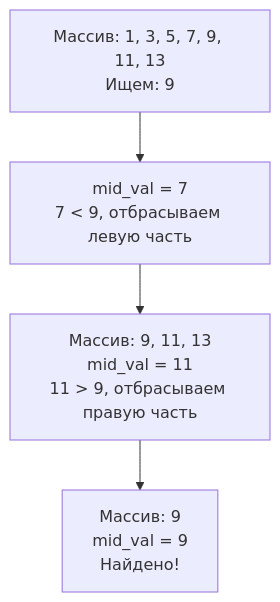
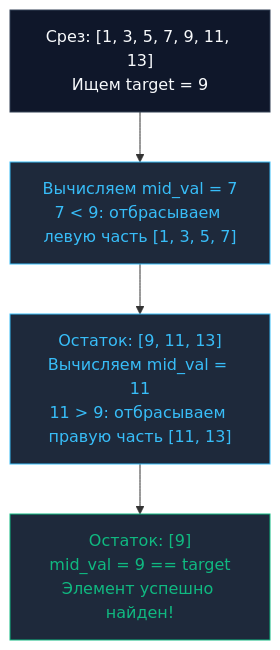
One commit to UnrealTemplier/go-textbook changed the diagram in sources/20. Алгоритмы и структуры данных (DSA) на Go/09. Поиск и базовые алгоритмы/2. Бинарный поиск.md. Above: the diagram before and after it, drawn with Mermaid. The commit also changed other lines of this file, not shown here.

````diff
--- a/sources/20. Алгоритмы и структуры данных (DSA) на Go/09. Поиск и базовые алгоритмы/2. Бинарный поиск.md
+++ b/sources/20. Алгоритмы и структуры данных (DSA) на Go/09. Поиск и базовые алгоритмы/2. Бинарный поиск.md
@@ -16,6 +20,14 @@
 ```mermaid
 flowchart TD
-    Start["Массив: 1, 3, 5, 7, 9, 11, 13<br>Ищем: 9"] --> Step1["mid_val = 7<br>7 < 9, отбрасываем левую часть"]
-    Step1 --> Step2["Массив: 9, 11, 13<br>mid_val = 11<br>11 > 9, отбрасываем правую часть"]
-    Step2 --> Step3["Массив: 9<br>mid_val = 9<br>Найдено!"]
+    Start["Срез: [1, 3, 5, 7, 9, 11, 13]<br/>Ищем target = 9"] --> Step1["Вычисляем mid_val = 7<br/>7 < 9: отбрасываем левую часть [1, 3, 5, 7]"]
+    Step1 --> Step2["Остаток: [9, 11, 13]<br/>Вычисляем mid_val = 11<br/>11 > 9: отбрасываем правую часть [11, 13]"]
+    Step2 --> Step3["Остаток: [9]<br/>mid_val = 9 == target<br/>Элемент успешно найден!"]
+
+    classDef default fill:#0f172a,stroke:#334155,color:#f8fafc
+    classDef step fill:#1e293b,stroke:#38bdf8,color:#38bdf8
+    classDef success fill:#1e293b,stroke:#10b981,color:#10b981
+
+    class Start default
+    class Step1,Step2 step
+    class Step3 success
 ```
````
